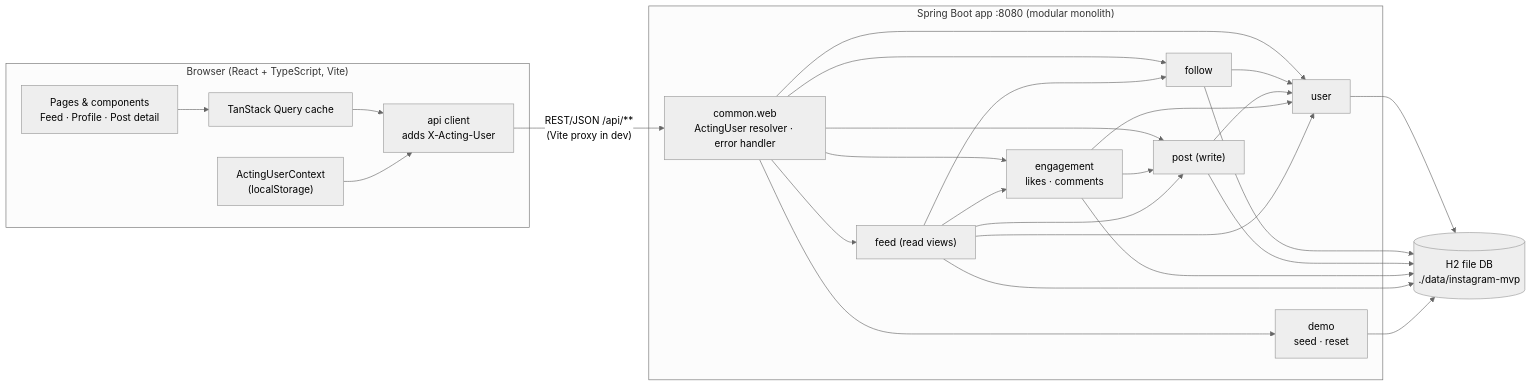
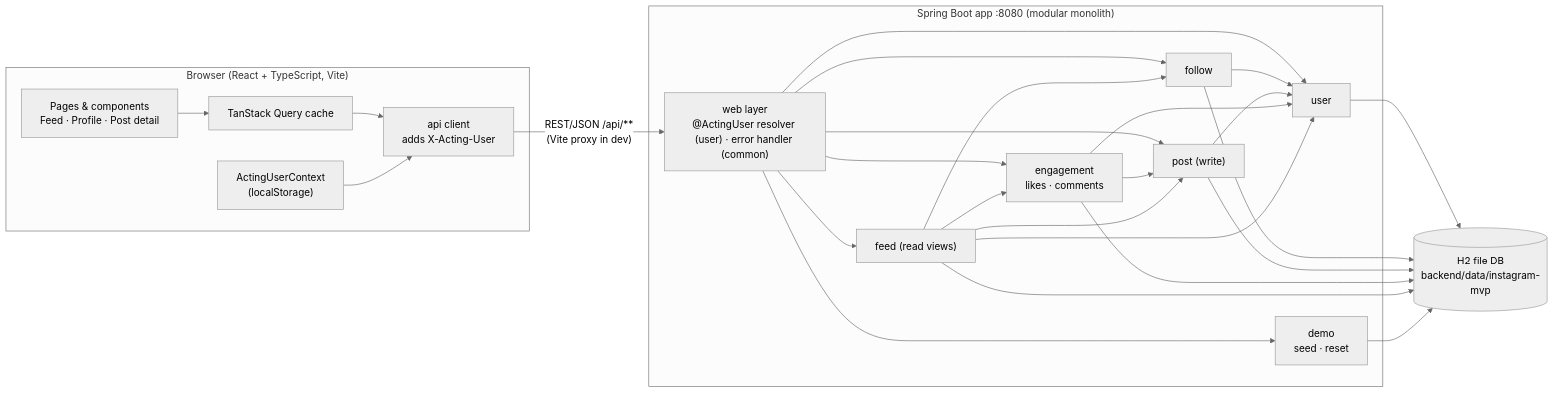
One commit to JyotsnaPrasad/instagram-system-design changed the first of 2 diagrams in ARCHITECTURE.md. Above: the diagram before and after it, drawn with Mermaid (neutral theme). The commit also changed other lines of this file and 63 other files, not shown here.

First line of the commit message:
Implement Spring Boot backend for the Instagram-like MVP

````diff
--- a/ARCHITECTURE.md
+++ b/ARCHITECTURE.md
@@ -24,31 +26,31 @@
 ```mermaid
 flowchart LR
     subgraph Browser["Browser (React + TypeScript, Vite)"]
         UI["Pages & components<br/>Feed · Profile · Post detail"]
         AU["ActingUserContext<br/>(localStorage)"]
         API["api client<br/>adds X-Acting-User"]
         Q["TanStack Query cache"]
         UI --> Q --> API
         AU --> API
     end
 
     subgraph App["Spring Boot app :8080 (modular monolith)"]
-        WEB["common.web<br/>ActingUser resolver · error handler"]
+        WEB["web layer<br/>@ActingUser resolver (user) · error handler (common)"]
         USER["user"]
         FOLLOW["follow"]
         POST["post (write)"]
         ENG["engagement<br/>likes · comments"]
         FEED["feed (read views)"]
         DEMO["demo<br/>seed · reset"]
         WEB --> USER & FOLLOW & POST & ENG & FEED & DEMO
         FOLLOW --> USER
         POST --> USER
         ENG --> USER & POST
         FEED --> USER & FOLLOW & POST & ENG
     end
 
-    DB[("H2 file DB<br/>./data/instagram-mvp")]
+    DB[("H2 file DB<br/>backend/data/instagram-mvp")]
 
     API -- "REST/JSON /api/**<br/>(Vite proxy in dev)" --> WEB
     USER & FOLLOW & POST & ENG & FEED & DEMO --> DB
 ```
````
